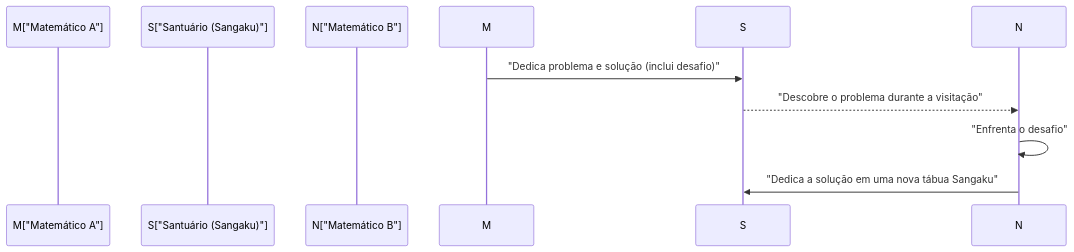
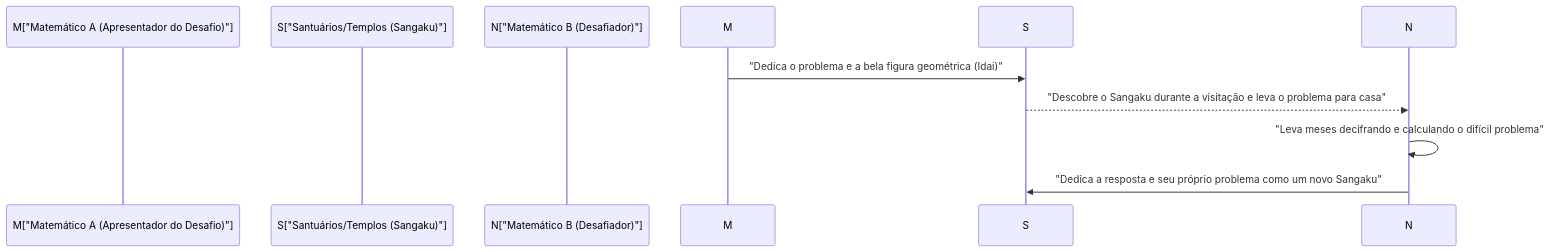
The second of 2 diagrams in content/post/history-of-wasan-japanese-mathematics/index.pt.md (kenjinote/blog), drawn with Mermaid before and after one commit. The commit also changed other lines of this file and 129 other files, not shown here.

````diff
--- a/content/post/history-of-wasan-japanese-mathematics/index.pt.md
+++ b/content/post/history-of-wasan-japanese-mathematics/index.pt.md
@@ -68,11 +70,11 @@
 ```mermaid
 sequenceDiagram
-    participant M["Matemático A"]
-    participant S["Santuário (Sangaku)"]
-    participant N["Matemático B"]
+    participant M["Matemático A (Apresentador do Desafio)"]
+    participant S["Santuários/Templos (Sangaku)"]
+    participant N["Matemático B (Desafiador)"]
     
-    M->>S: "Dedica problema e solução (inclui desafio)"
-    S-->>N: "Descobre o problema durante a visitação"
-    N->>N: "Enfrenta o desafio"
-    N->>S: "Dedica a solução em uma nova tábua Sangaku"
+    M->>S: "Dedica o problema e a bela figura geométrica (Idai)"
+    S-->>N: "Descobre o Sangaku durante a visitação e leva o problema para casa"
+    N->>N: "Leva meses decifrando e calculando o difícil problema"
+    N->>S: "Dedica a resposta e seu próprio problema como um novo Sangaku"
 ```
````
